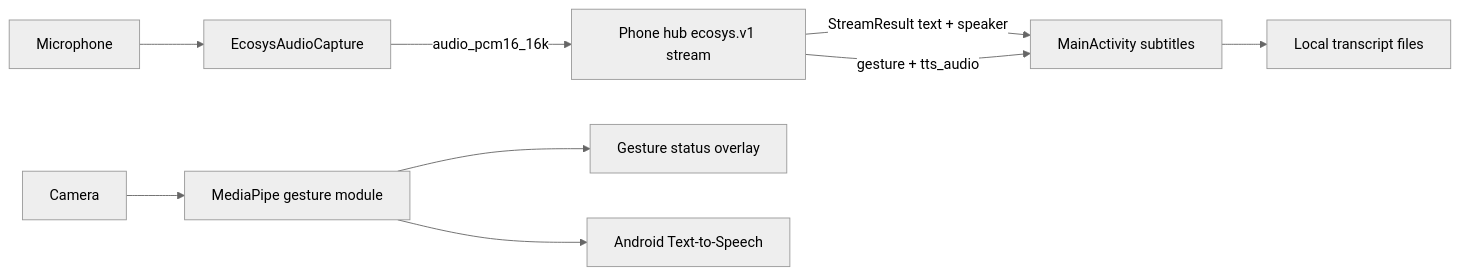
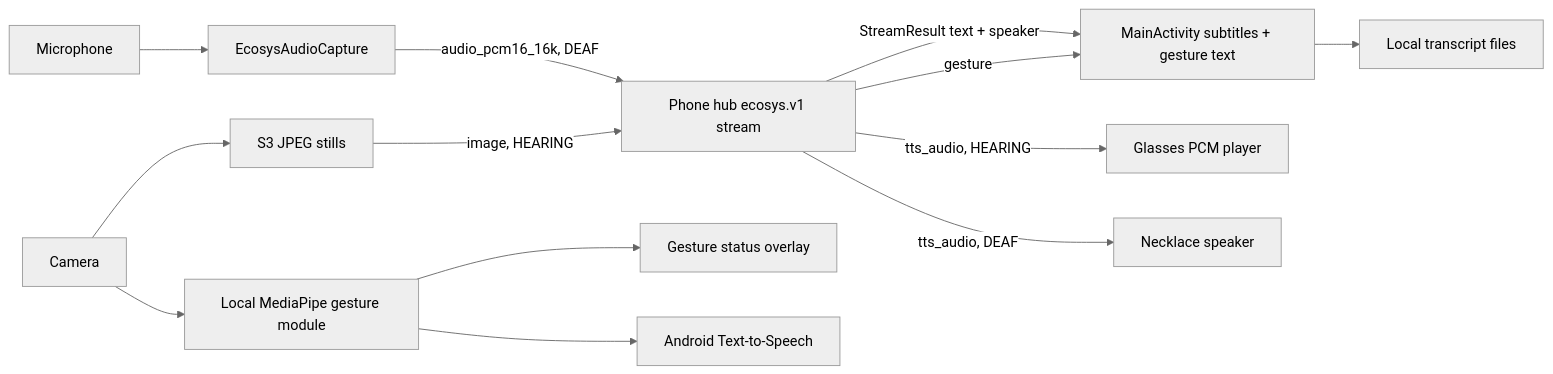
Before and after one commit to Glass-Storm/SpeakerDiarazation-Gesture: the diagram in README.md, drawn with Mermaid (neutral theme). The commit also changed other lines of this file, not shown here.

Commit message:
docs(glasses): correct the hub port and scenario mapping

````diff
--- a/README.md
+++ b/README.md
@@ -55,12 +70,16 @@
 ```mermaid
 flowchart LR
     Mic[Microphone] --> Capture[EcosysAudioCapture]
-    Capture -->|audio_pcm16_16k| Hub[Phone hub ecosys.v1 stream]
-    Hub -->|StreamResult text + speaker| UI[MainActivity subtitles]
-    Hub -->|gesture + tts_audio| UI
+    Capture -->|audio_pcm16_16k, DEAF| Hub[Phone hub ecosys.v1 stream]
+    Camera[Camera] --> Stills[S3 JPEG stills]
+    Stills -->|image, HEARING| Hub
+    Hub -->|StreamResult text + speaker| UI[MainActivity subtitles + gesture text]
+    Hub -->|gesture| UI
+    Hub -->|tts_audio, HEARING| Player[Glasses PCM player]
+    Hub -->|tts_audio, DEAF| Necklace[Necklace speaker]
     UI --> Transcripts[Local transcript files]
 
-    Camera[Camera] --> Gesture[MediaPipe gesture module]
-    Gesture --> Overlay[Gesture status overlay]
-    Gesture --> TTS[Android Text-to-Speech]
+    Camera --> LocalGesture[Local MediaPipe gesture module]
+    LocalGesture --> Overlay[Gesture status overlay]
+    LocalGesture --> TTS[Android Text-to-Speech]
 ```
````
